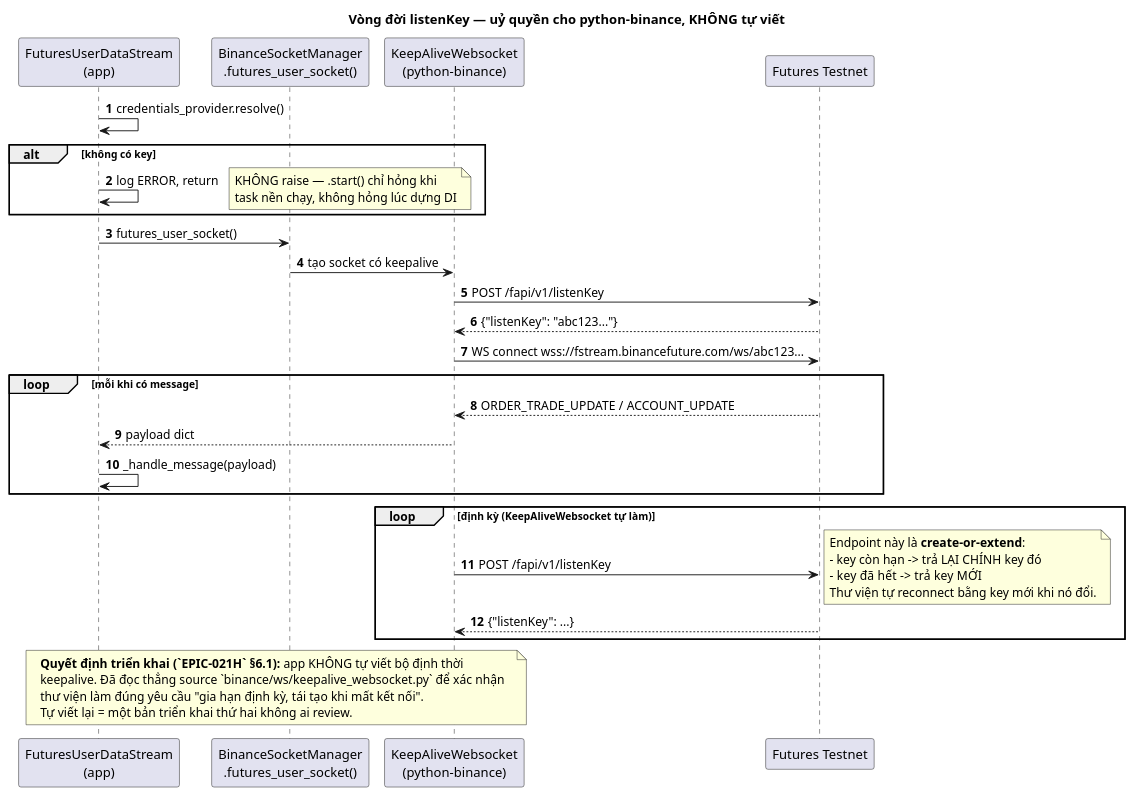
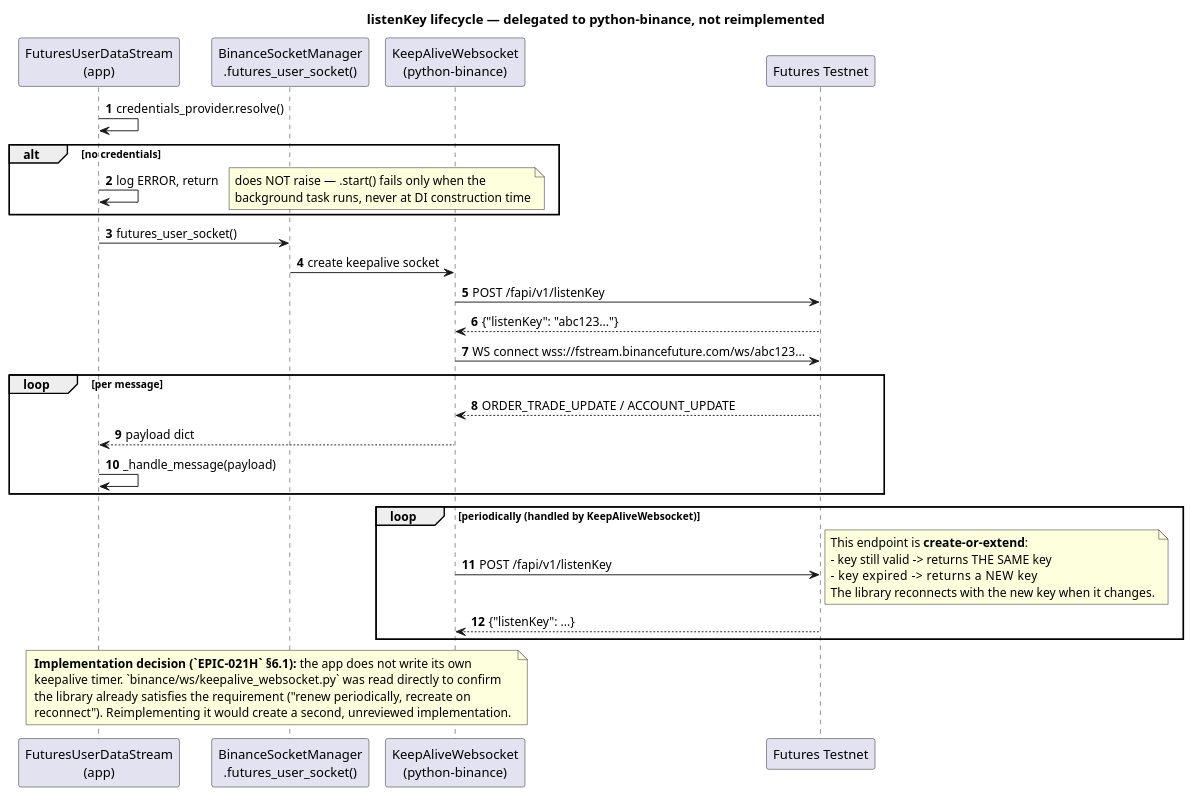
Before and after one commit to anhembedded/Sagittarius_Elite_Warrior: the third of 10 diagrams in Tasks/epics/EPIC-021_ket_noi_binance_futures_testnet/KNOWLEDGE_TRANSFER_tu_0_den_hero.md, drawn with PlantUML. The commit also changed other lines of this file and 1 other file, not shown here.

First line of the commit message:
docs(EPIC-021): rewrite the testnet knowledge-transfer guide in English

````diff
--- a/Tasks/epics/EPIC-021_ket_noi_binance_futures_testnet/KNOWLEDGE_TRANSFER_tu_0_den_hero.md
+++ b/Tasks/epics/EPIC-021_ket_noi_binance_futures_testnet/KNOWLEDGE_TRANSFER_tu_0_den_hero.md
@@ -258,48 +258,48 @@
 ```plantuml
 @startuml KT03_listenkey
-title Vòng đời listenKey — uỷ quyền cho python-binance, KHÔNG tự viết
+title listenKey lifecycle — delegated to python-binance, not reimplemented
 
 autonumber
 participant "FuturesUserDataStream\n(app)" as APP
 participant "BinanceSocketManager\n.futures_user_socket()" as BSM
 participant "KeepAliveWebsocket\n(python-binance)" as KAW
 participant "Futures Testnet" as EX
 
 APP -> APP : credentials_provider.resolve()
-alt không có key
+alt no credentials
   APP -> APP : log ERROR, return
-  note right: KHÔNG raise — .start() chỉ hỏng khi\ntask nền chạy, không hỏng lúc dựng DI
+  note right: does NOT raise — .start() fails only when the\nbackground task runs, never at DI construction time
 end alt
 
 APP -> BSM : futures_user_socket()
-BSM -> KAW : tạo socket có keepalive
+BSM -> KAW : create keepalive socket
 KAW -> EX : POST /fapi/v1/listenKey
 EX --> KAW : {"listenKey": "abc123..."}
 KAW -> EX : WS connect wss://fstream.binancefuture.com/ws/abc123...
 
-loop mỗi khi có message
+loop per message
   EX --> KAW : ORDER_TRADE_UPDATE / ACCOUNT_UPDATE
   KAW --> APP : payload dict
   APP -> APP : _handle_message(payload)
 end
 
-loop định kỳ (KeepAliveWebsocket tự làm)
+loop periodically (handled by KeepAliveWebsocket)
   KAW -> EX : POST /fapi/v1/listenKey
   note right
-    Endpoint này là **create-or-extend**:
-    - key còn hạn -> trả LẠI CHÍNH key đó
-    - key đã hết  -> trả key MỚI
-    Thư viện tự reconnect bằng key mới khi nó đổi.
+    This endpoint is **create-or-extend**:
+    - key still valid -> returns THE SAME key
+    - key expired     -> returns a NEW key
+    The library reconnects with the new key when it changes.
   end note
   EX --> KAW : {"listenKey": ...}
 end
 
 note over APP, KAW
-  **Quyết định triển khai (`EPIC-021H` §6.1):** app KHÔNG tự viết bộ định thời
-  keepalive. Đã đọc thẳng source `binance/ws/keepalive_websocket.py` để xác nhận
-  thư viện làm đúng yêu cầu "gia hạn định kỳ, tái tạo khi mất kết nối".
-  Tự viết lại = một bản triển khai thứ hai không ai review.
+  **Implementation decision (`EPIC-021H` §6.1):** the app does not write its own
+  keepalive timer. `binance/ws/keepalive_websocket.py` was read directly to confirm
+  the library already satisfies the requirement ("renew periodically, recreate on
+  reconnect"). Reimplementing it would create a second, unreviewed implementation.
 end note
 
 @enduml
 ```
````
